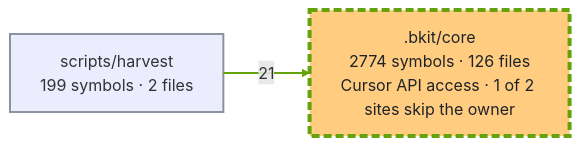
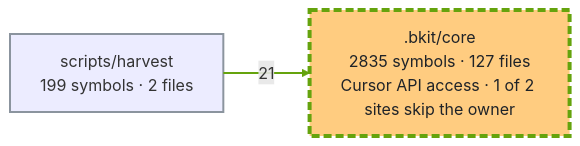
The first of 2 diagrams in docs/capabilities.md (cbartens/bkit), drawn with Mermaid before and after one commit. The commit also changed other lines of this file and 16 other files, not shown here.

````diff
--- a/docs/capabilities.md
+++ b/docs/capabilities.md
@@ -150,16 +150,16 @@
 ```mermaid
 ---
 config:
   layout: elk
   flowchart:
     useMaxWidth: false
 ---
 flowchart LR
-  %% Generated by bkit-graphify-rollup.py from a69a8796b22a144a3e1f8bddcd579a1058d16412 — do not edit
-  n_bkit_core[".bkit/core<br/>2774 symbols · 126 files<br/>Cursor API access · 1 of 2 sites skip the owner"]
+  %% Generated by bkit-graphify-rollup.py from 26e4542d620565201bcbe45ed48010dd44596aba — do not edit
+  n_bkit_core[".bkit/core<br/>2835 symbols · 127 files<br/>Cursor API access · 1 of 2 sites skip the owner"]
   nscripts_harvest["scripts/harvest<br/>199 symbols · 2 files"]
   nscripts_harvest -->|21| n_bkit_core
   style n_bkit_core stroke:#65a30d,stroke-width:4px,stroke-dasharray:8 4,fill:#ffcc80,color:#1f2328
   style nscripts_harvest stroke:#8b949e,stroke-width:2px
   linkStyle 0 stroke:#65a30d,stroke-width:2px
 ```
````
